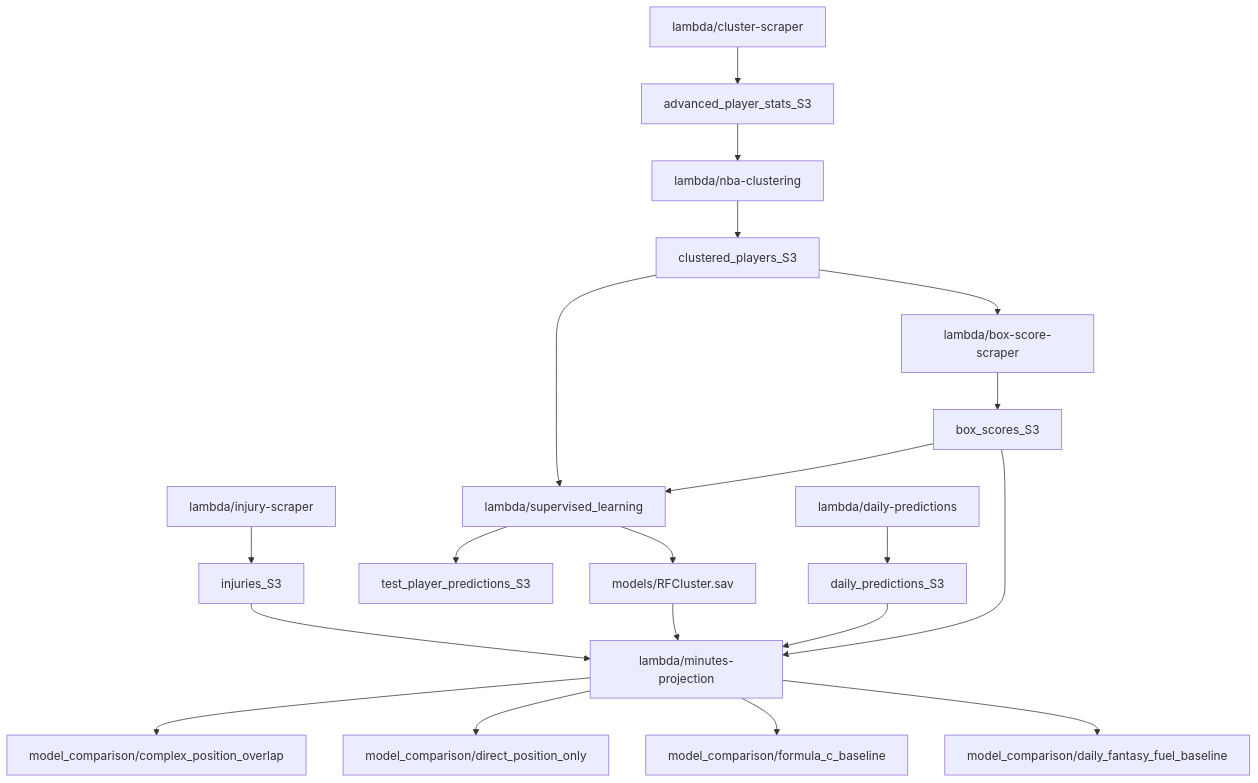
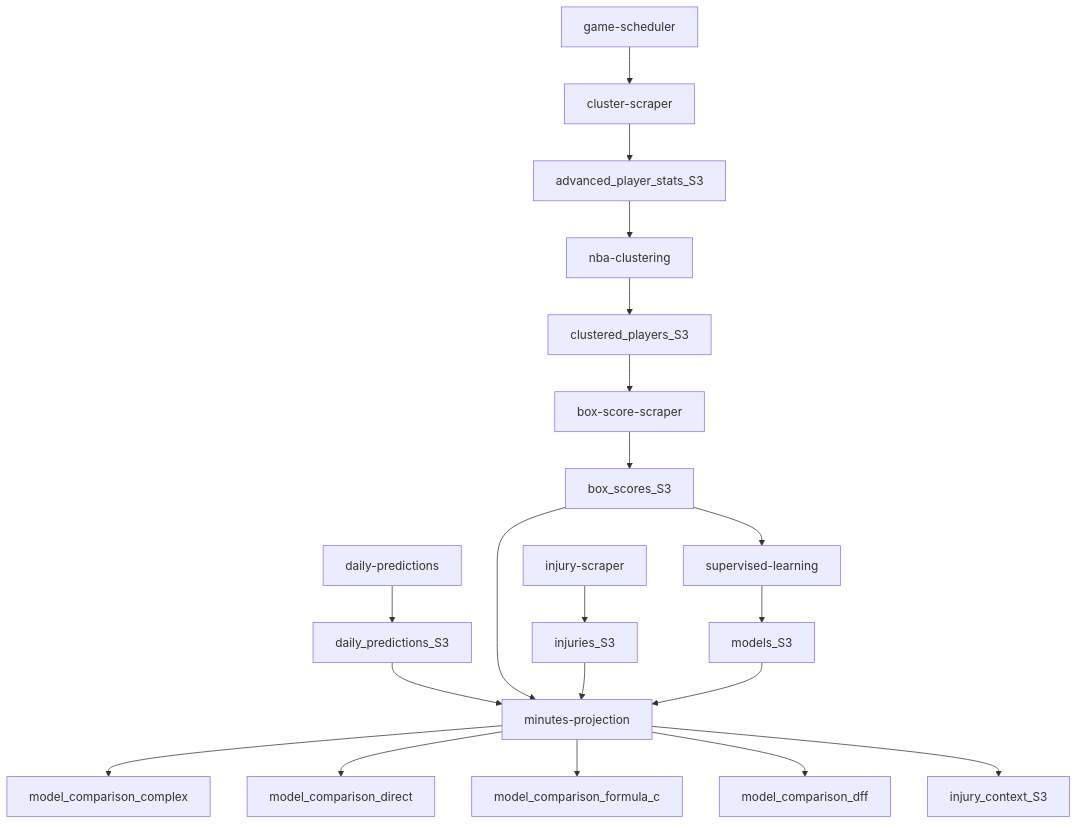
The diagram in documentation/ProjectOverview.md (ibracken/NBA_Machine_Learning), drawn with Mermaid before and after one commit. The commit also changed other lines of this file and 3 other files, not shown here.

````diff
--- a/documentation/ProjectOverview.md
+++ b/documentation/ProjectOverview.md
@@ -100,23 +46,24 @@
 ```mermaid
 graph TD;
-    lambda/cluster-scraper-->advanced_player_stats_S3;
-    lambda/box-score-scraper-->box_scores_S3;
-    lambda/injury-scraper-->injuries_S3;
-    advanced_player_stats_S3-->lambda/nba-clustering;
-    lambda/nba-clustering-->clustered_players_S3;
-    box_scores_S3-->lambda/supervised_learning;
-    clustered_players_S3-->lambda/supervised_learning;
-    lambda/supervised_learning-->test_player_predictions_S3;
-    lambda/supervised_learning-->models/RFCluster.sav;
-    clustered_players_S3-->lambda/box-score-scraper;
-    lambda/daily-predictions-->daily_predictions_S3;
-    daily_predictions_S3-->lambda/minutes-projection;
-    box_scores_S3-->lambda/minutes-projection;
-    injuries_S3-->lambda/minutes-projection;
-    models/RFCluster.sav-->lambda/minutes-projection;
-    lambda/minutes-projection-->model_comparison/complex_position_overlap;
-    lambda/minutes-projection-->model_comparison/direct_position_only;
-    lambda/minutes-projection-->model_comparison/formula_c_baseline;
-    lambda/minutes-projection-->model_comparison/daily_fantasy_fuel_baseline;
+    game-scheduler-->cluster-scraper;
+    cluster-scraper-->advanced_player_stats_S3;
+    advanced_player_stats_S3-->nba-clustering;
+    nba-clustering-->clustered_players_S3;
+    box-score-scraper-->box_scores_S3;
+    clustered_players_S3-->box-score-scraper;
+    box_scores_S3-->supervised-learning;
+    supervised-learning-->models_S3;
+    daily-predictions-->daily_predictions_S3;
+    injury-scraper-->injuries_S3;
 
+    daily_predictions_S3-->minutes-projection;
+    box_scores_S3-->minutes-projection;
+    injuries_S3-->minutes-projection;
+    models_S3-->minutes-projection;
+
+    minutes-projection-->model_comparison_complex;
+    minutes-projection-->model_comparison_direct;
+    minutes-projection-->model_comparison_formula_c;
+    minutes-projection-->model_comparison_dff;
+    minutes-projection-->injury_context_S3;
 ```
````
